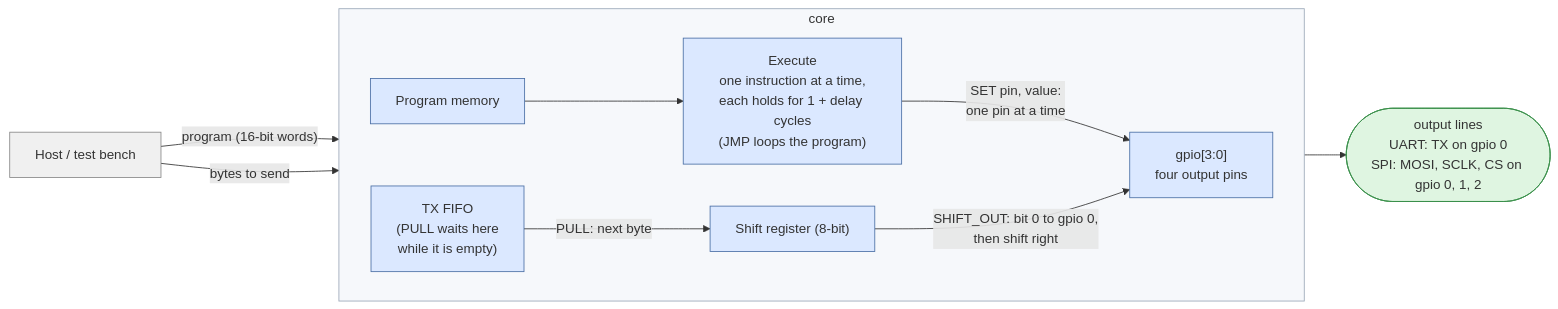
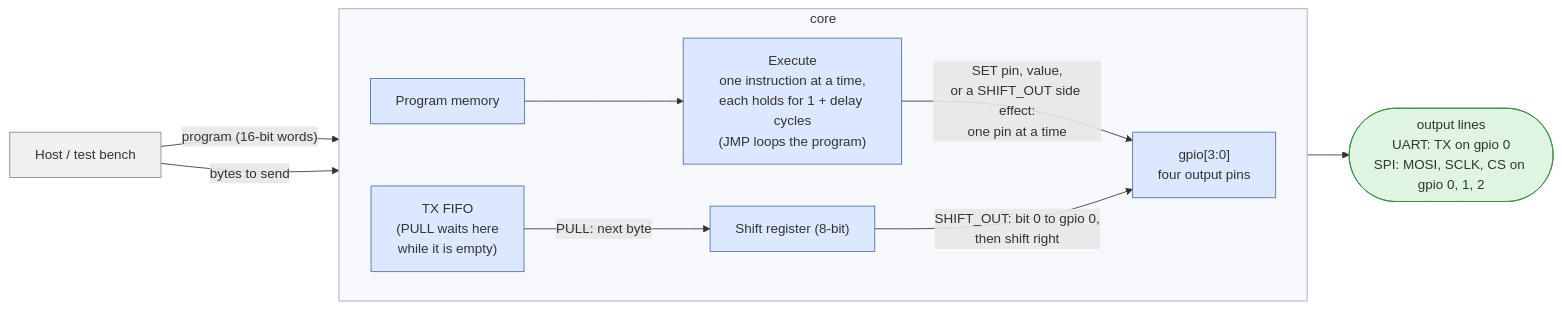
One commit to cshieldsce/smallcore changed the diagram in docs/overview.mmd. Above: the diagram before and after it, drawn with Mermaid. The commit also changed 9 other files, not shown here.

Commit message:
update diagrams for the shift_out side effect

```diff
--- a/docs/overview.mmd
+++ b/docs/overview.mmd
@@ -1,25 +1,25 @@
 %% High-level view: what goes in, what comes out, and how a byte reaches the pins.
 flowchart LR
   classDef ext fill:#f0f0f0,stroke:#888
   classDef core fill:#dbe8ff,stroke:#4a6fa5
   classDef out fill:#dff5e1,stroke:#3a8f4a
 
   HOST["Host / test bench"]:::ext
   HOST -->|"program (16-bit words)"| IMEM
   HOST -->|"bytes to send"| FIFO
 
   subgraph core["core"]
     direction LR
     IMEM["Program memory"]:::core
     EXEC["Execute<br/>one instruction at a time,<br/>each holds for 1 + delay cycles<br/>(JMP loops the program)"]:::core
     FIFO["TX FIFO<br/>(PULL waits here<br/>while it is empty)"]:::core
     SR["Shift register (8-bit)"]:::core
     PIN["gpio[3:0]<br/>four output pins"]:::core
     IMEM --> EXEC
-    EXEC -->|"SET pin, value:<br/>one pin at a time"| PIN
+    EXEC -->|"SET pin, value,<br/>or a SHIFT_OUT side effect:<br/>one pin at a time"| PIN
     FIFO -->|"PULL: next byte"| SR
     SR -->|"SHIFT_OUT: bit 0 to gpio 0,<br/>then shift right"| PIN
   end
 
   PIN --> LINE(["output lines<br/>UART: TX on gpio 0<br/>SPI: MOSI, SCLK, CS on gpio 0, 1, 2"]):::out
   style core fill:#f6f8fb,stroke:#9aa7b8
```
